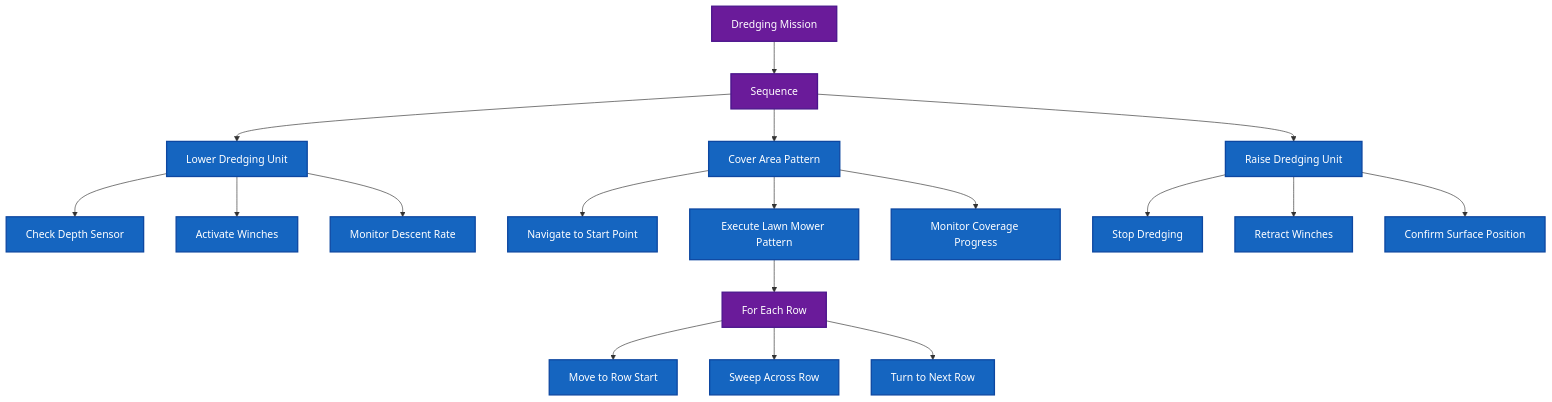
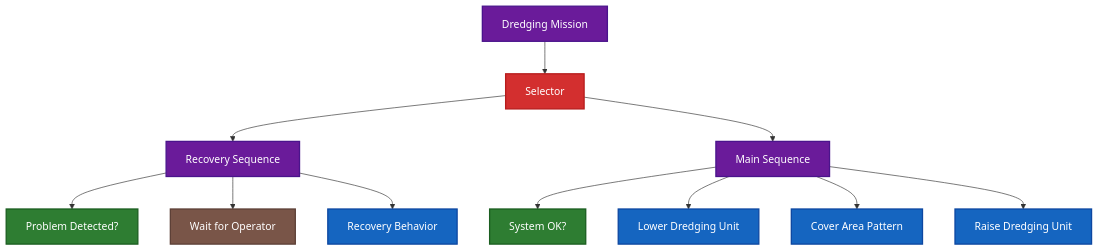
One commit to DynoRobotics/dyno_ros2_courses changed the fourth of 4 diagrams in docs/session1/module1-intro.md. Above: the diagram before and after it, drawn with Mermaid. The commit also changed other lines of this file and 112 other files, not shown here.

````diff
--- a/docs/session1/module1-intro.md
+++ b/docs/session1/module1-intro.md
@@ -199,32 +194,28 @@
 ```mermaid
 graph TD
-    ROOT[Dredging Mission] --> SEQ[Sequence]
-
-    SEQ --> LOWER[Lower Dredging Unit]
-    SEQ --> COVER[Cover Area Pattern]
-    SEQ --> RAISE[Raise Dredging Unit]
-
-    LOWER --> L1[Check Depth Sensor]
-    LOWER --> L2[Activate Winches]
-    LOWER --> L3[Monitor Descent Rate]
-
-    COVER --> C1[Navigate to Start Point]
-    COVER --> C2[Execute Lawn Mower Pattern]
-    COVER --> C3[Monitor Coverage Progress]
-
-    C2 --> ROW[For Each Row]
-    ROW --> MOVE[Move to Row Start]
-    ROW --> SWEEP[Sweep Across Row]
-    ROW --> TURN[Turn to Next Row]
-
-    RAISE --> R1[Stop Dredging]
-    RAISE --> R2[Retract Winches]
-    RAISE --> R3[Confirm Surface Position]
+    ROOT[Dredging Mission] --> SELECTOR[Selector]
+    
+    SELECTOR --> RECOVERY_SEQ[Recovery Sequence]
+    SELECTOR --> MAIN_SEQ[Main Sequence]
+    
+    RECOVERY_SEQ --> PROBLEM_DETECTED[Problem Detected?]
+    RECOVERY_SEQ --> WAIT_OP[Wait for Operator]
+    RECOVERY_SEQ --> RECOVERY[Recovery Behavior]
+    
+    MAIN_SEQ --> SYSTEM_OK[System OK?]
+    MAIN_SEQ --> LOWER[Lower Dredging Unit]
+    MAIN_SEQ --> COVER[Cover Area Pattern]
+    MAIN_SEQ --> RAISE[Raise Dredging Unit]
 
     classDef action fill:#1565c0,stroke:#0d47a1,stroke-width:2px,color:#ffffff
     classDef sequence fill:#6a1b9a,stroke:#4a148c,stroke-width:2px,color:#ffffff
+    classDef selector fill:#d32f2f,stroke:#b71c1c,stroke-width:2px,color:#ffffff
     classDef condition fill:#2e7d32,stroke:#1b5e20,stroke-width:2px,color:#ffffff
+    classDef wait fill:#795548,stroke:#5d4037,stroke-width:2px,color:#ffffff
 
-    class LOWER,COVER,RAISE,L1,L2,L3,C1,C2,C3,MOVE,SWEEP,TURN,R1,R2,R3 action
-    class ROOT,SEQ,ROW sequence
+    class LOWER,COVER,RAISE,RECOVERY action
+    class ROOT,RECOVERY_SEQ,MAIN_SEQ sequence
+    class SELECTOR selector
+    class PROBLEM_DETECTED,SYSTEM_OK condition
+    class WAIT_OP wait
 ```
````
